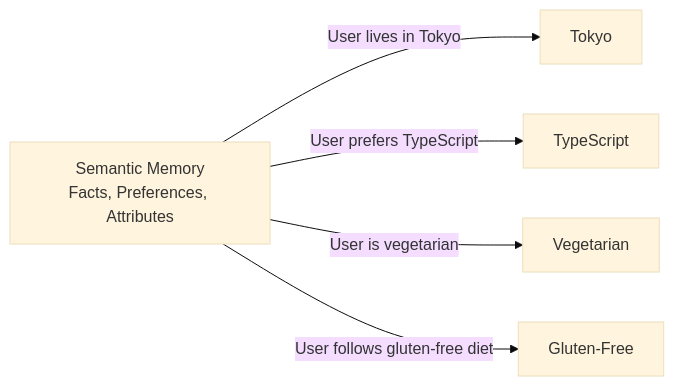
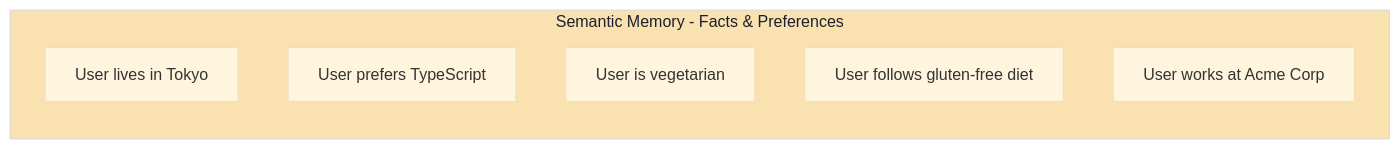
Before and after one commit to Amie-dev/FDE-and-GenAI-Mastery: the first of 9 diagrams in Lecture 19 - Agent Memory Systems/notes/03_Long_Term_Memory_Taxonomy_and_Fact_Extraction.md, drawn with Mermaid (base theme). The commit also changed other lines of this file and 9 other files, not shown here.

````diff
--- a/Lecture 19 - Agent Memory Systems/notes/03_Long_Term_Memory_Taxonomy_and_Fact_Extraction.md
+++ b/Lecture 19 - Agent Memory Systems/notes/03_Long_Term_Memory_Taxonomy_and_Fact_Extraction.md
@@ -11,8 +17,12 @@
 ```mermaid
 flowchart LR
-    S["Semantic Memory<br/>Facts, Preferences, Attributes"]
-    S -->|"User lives in Tokyo"| P1[Tokyo]
-    S -->|"User prefers TypeScript"| P2[TypeScript]
-    S -->|"User is vegetarian"| P3[Vegetarian]
-    S -->|"User follows gluten-free diet"| P4[Gluten-Free]
+    subgraph Semantic["Semantic Memory - Facts & Preferences"]
+        S1["User lives in Tokyo"]
+        S2["User prefers TypeScript"]
+        S3["User is vegetarian"]
+        S4["User follows gluten-free diet"]
+        S5["User works at Acme Corp"]
+    end
+    
+    style Semantic fill:#f9e2af,color:#1e1e2e
 ```
````
